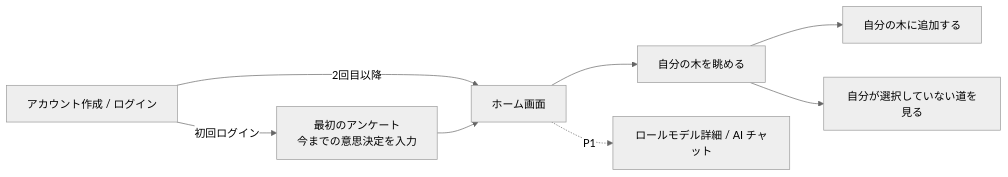
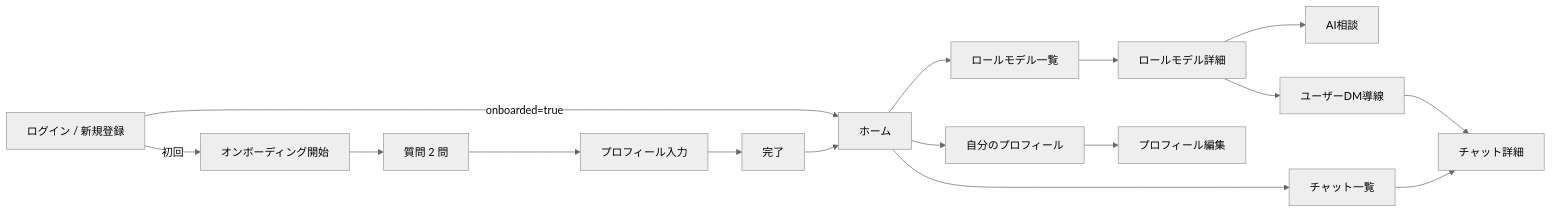
One commit to Asheze1127/hackathon-2026-in-apu changed the first of 2 diagrams in docs/details/03_screen-flow.md. Above: the diagram before and after it, drawn with Mermaid (neutral theme). The commit also changed other lines of this file and 8 other files, not shown here.

````diff
--- a/docs/details/03_screen-flow.md
+++ b/docs/details/03_screen-flow.md
@@ -33,18 +43,33 @@
 ```mermaid
 flowchart LR
-    S01[アカウント作成 / ログイン]
-    S02[最初のアンケート\n今までの意思決定を入力]
-    S03[ホーム画面]
-    S04[自分の木を眺める]
-    S05[自分の木に追加する]
-    S06[自分が選択していない道を見る]
-    S07[ロールモデル詳細 / AI チャット]
+    A[ログイン / 新規登録]
+    B[オンボーディング開始]
+    C[質問 2 問]
+    D[プロフィール入力]
+    E[完了]
+    F[ホーム]
+    G[ロールモデル一覧]
+    H[ロールモデル詳細]
+    I[AI相談]
+    J[ユーザーDM導線]
+    K[チャット一覧]
+    L[チャット詳細]
+    M[自分のプロフィール]
+    N[プロフィール編集]
 
-    S01 -->|初回ログイン| S02
-    S01 -->|2回目以降| S03
-    S02 --> S03
-    S03 --> S04
-    S04 --> S05
-    S04 --> S06
-    S03 -.->|P1| S07
+    A -->|初回| B
+    A -->|onboarded=true| F
+    B --> C
+    C --> D
+    D --> E
+    E --> F
+    F --> G
+    F --> M
+    G --> H
+    H --> I
+    H --> J
+    J --> L
+    F --> K
+    K --> L
+    M --> N
 ```
````
